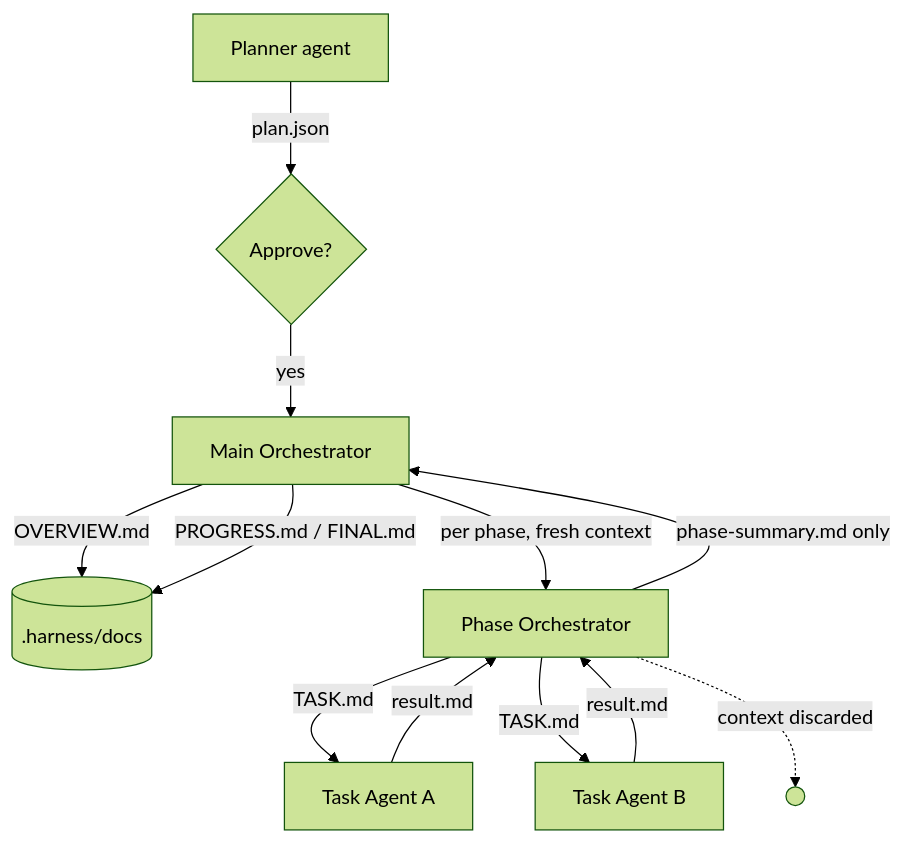
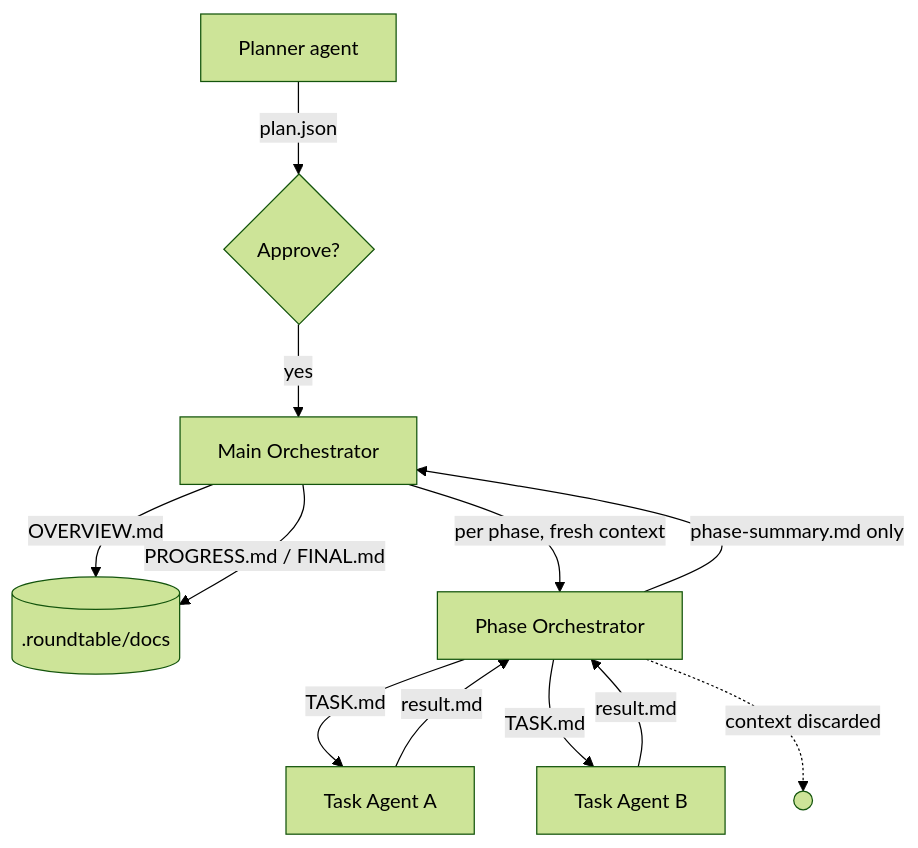
One commit to arfuhad/roundtable changed the diagram in README.md. Above: the diagram before and after it, drawn with Mermaid (forest theme). The commit also changed other lines of this file and 35 other files, not shown here.

First line of the commit message:
refactor!: rename project llm-harness -> roundtable

````diff
--- a/README.md
+++ b/README.md
@@ -16,14 +17,14 @@
 ```mermaid
 graph TD
   P[Planner agent] -->|plan.json| GATE{Approve?}
   GATE -->|yes| MO[Main Orchestrator]
-  MO -->|OVERVIEW.md| DOCS[(.harness/docs)]
+  MO -->|OVERVIEW.md| DOCS[(.roundtable/docs)]
   MO -->|per phase, fresh context| PO[Phase Orchestrator]
   PO -->|TASK.md| A1[Task Agent A]
   PO -->|TASK.md| A2[Task Agent B]
   A1 -->|result.md| PO
   A2 -->|result.md| PO
   PO -->|phase-summary.md only| MO
   MO -->|PROGRESS.md / FINAL.md| DOCS
   PO -. context discarded .-> X(( ))
 ```
````
